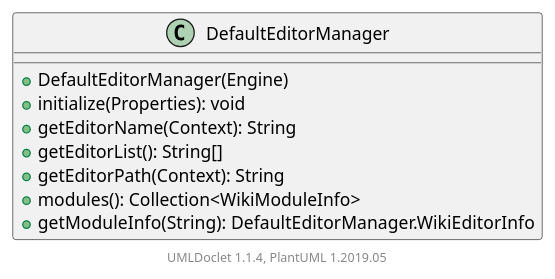
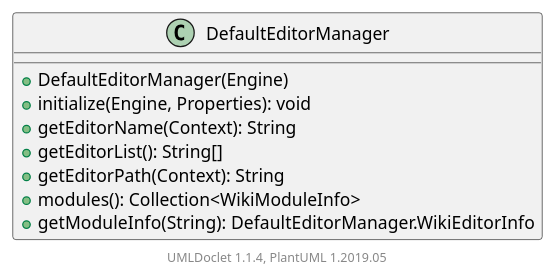
The diagram in apidocs/2.11.0.M7-SNAPSHOT/org/apache/wiki/ui/DefaultEditorManager.puml (apache/jspwiki-site), drawn with PlantUML before and after one commit. The commit also changed 1297 other files, not shown here.

```diff
--- a/apidocs/2.11.0.M7-SNAPSHOT/org/apache/wiki/ui/DefaultEditorManager.puml
+++ b/apidocs/2.11.0.M7-SNAPSHOT/org/apache/wiki/ui/DefaultEditorManager.puml
@@ -1,15 +1,15 @@
 @startuml
 
     class DefaultEditorManager [[DefaultEditorManager.html]] {
         +DefaultEditorManager(Engine)
-        +initialize(Properties): void
+        +initialize(Engine, Properties): void
         +getEditorName(Context): String
         +getEditorList(): String[]
         +getEditorPath(Context): String
         +modules(): Collection<WikiModuleInfo>
         +getModuleInfo(String): DefaultEditorManager.WikiEditorInfo
     }
 
 
     center footer UMLDoclet 1.1.4, PlantUML 1.2019.05
 @enduml
```
